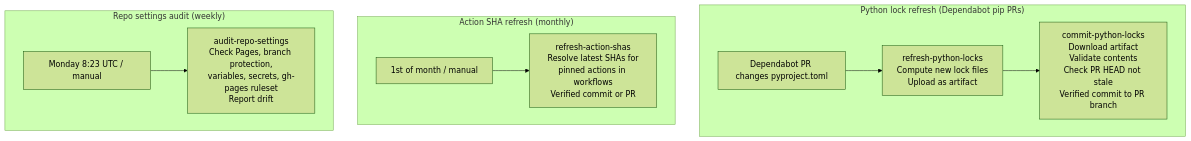
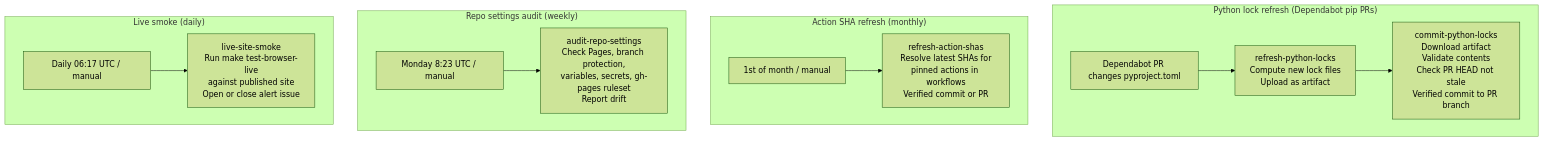
One commit to Hermione-Granger-1176/artifacts changed the third of 4 diagrams in docs/architecture.md. Above: the diagram before and after it, drawn with Mermaid (forest theme). The commit also changed other lines of this file and 22 other files, not shown here.

````diff
--- a/docs/architecture.md
+++ b/docs/architecture.md
@@ -246,15 +246,19 @@
 ```mermaid
 graph TD
     subgraph "Python lock refresh (Dependabot pip PRs)"
         dep_pr["Dependabot PR changes pyproject.toml"] --> refresh["refresh-python-locks<br/>Compute new lock files<br/>Upload as artifact"]
         refresh --> commit["commit-python-locks<br/>Download artifact<br/>Validate contents<br/>Check PR HEAD not stale<br/>Verified commit to PR branch"]
     end
 
     subgraph "Action SHA refresh (monthly)"
         schedule["1st of month / manual"] --> sha_refresh["refresh-action-shas<br/>Resolve latest SHAs for<br/>pinned actions in workflows<br/>Verified commit or PR"]
     end
 
     subgraph "Repo settings audit (weekly)"
         audit_schedule["Monday 8:23 UTC / manual"] --> audit["audit-repo-settings<br/>Check Pages, branch protection,<br/>variables, secrets, gh-pages ruleset<br/>Report drift"]
     end
+
+    subgraph "Live smoke (daily)"
+        smoke_schedule["Daily 06:17 UTC / manual"] --> live_smoke["live-site-smoke<br/>Run make test-browser-live<br/>against published site<br/>Open or close alert issue"]
+    end
 ```
````
